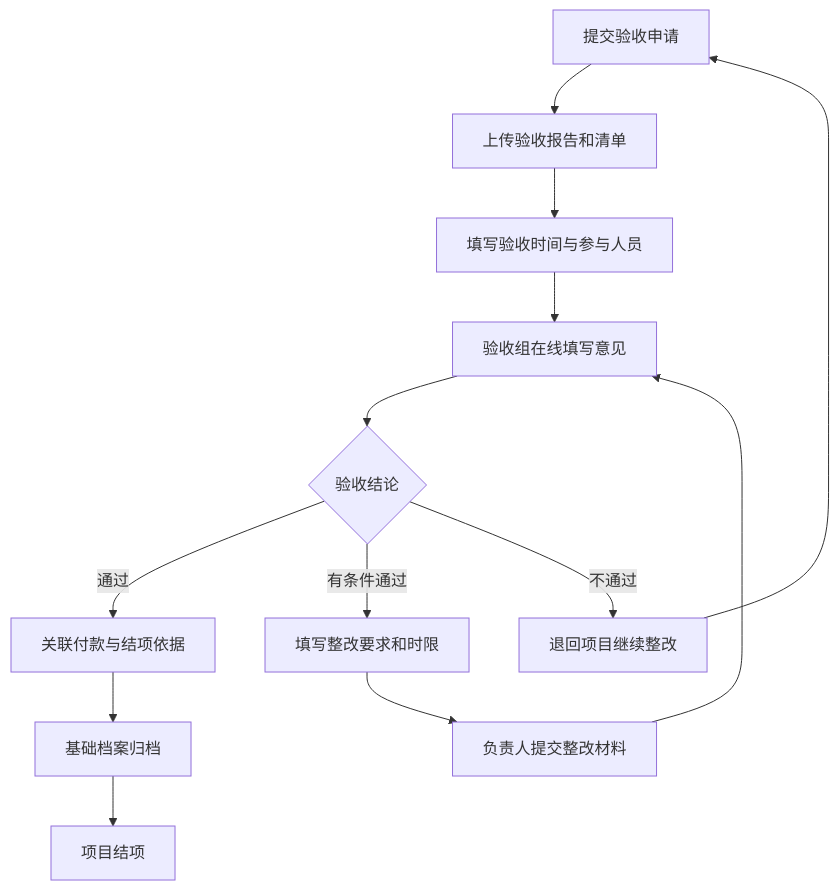
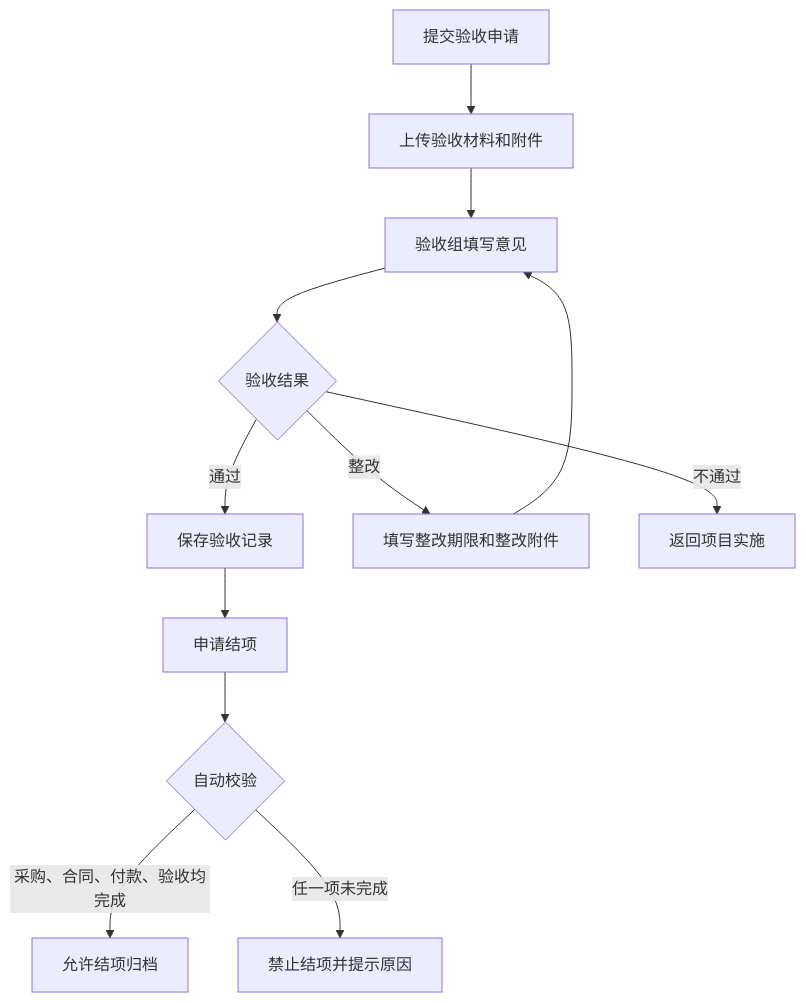
One commit to Jess-0411/github.io changed the fifth of 7 diagrams in 业务流程与架构图.md. Above: the diagram before and after it, drawn with Mermaid. The commit also changed other lines of this file and 6 other files, not shown here.

````diff
--- a/业务流程与架构图.md
+++ b/业务流程与架构图.md
@@ -113,15 +69,14 @@
 ```mermaid
 flowchart TD
-  A["提交验收申请"] --> B["上传验收报告和清单"]
-  B --> C["填写验收时间与参与人员"]
-  C --> D["验收组在线填写意见"]
-  D --> E{"验收结论"}
-  E -->|通过| F["关联付款与结项依据"]
-  E -->|有条件通过| G["填写整改要求和时限"]
-  G --> H["负责人提交整改材料"]
-  H --> D
-  E -->|不通过| I["退回项目继续整改"]
-  I --> A
-  F --> J["基础档案归档"]
-  J --> K["项目结项"]
+  A["提交验收申请"] --> B["上传验收材料和附件"]
+  B --> C["验收组填写意见"]
+  C --> D{"验收结果"}
+  D -->|通过| E["保存验收记录"]
+  D -->|整改| F["填写整改期限和整改附件"]
+  D -->|不通过| G["返回项目实施"]
+  F --> C
+  E --> H["申请结项"]
+  H --> I{"自动校验"}
+  I -->|采购、合同、付款、验收均完成| J["允许结项归档"]
+  I -->|任一项未完成| K["禁止结项并提示原因"]
 ```
````
